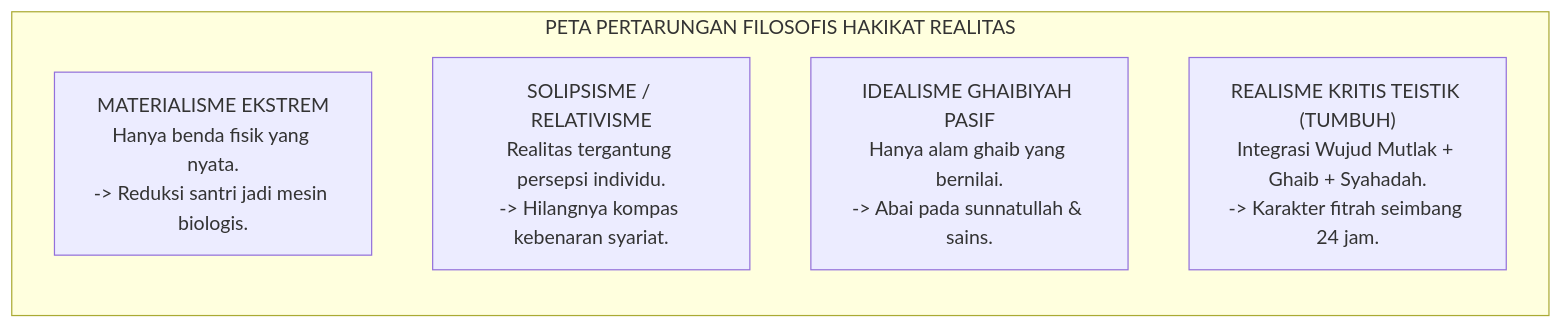
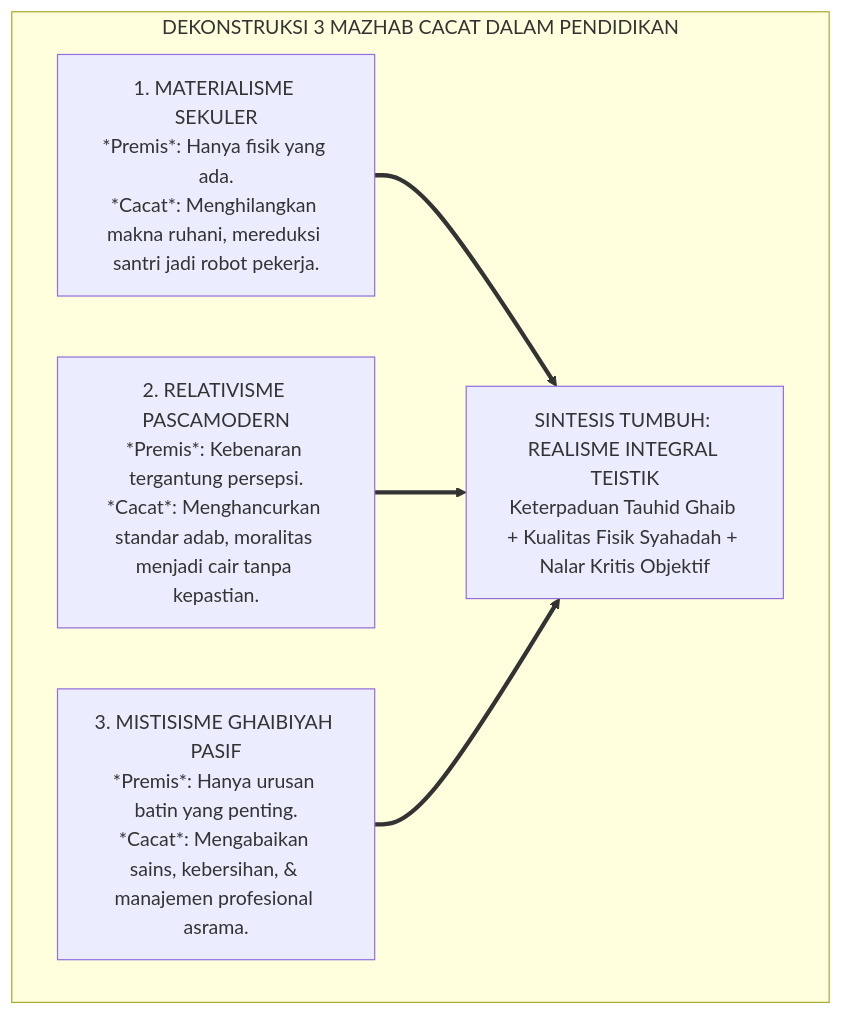
One commit to wandiapriliyandi/tumbuh changed the second of 3 diagrams in 01 Philosophy/01 Worldview/P1-01-01-01-Kajian-Dialektika-Inkuiri-dan-Tanya-Jawab-Realitas.md. Above: the diagram before and after it, drawn with Mermaid. The commit also changed other lines of this file, not shown here.

````diff
--- a/01 Philosophy/01 Worldview/P1-01-01-01-Kajian-Dialektika-Inkuiri-dan-Tanya-Jawab-Realitas.md
+++ b/01 Philosophy/01 Worldview/P1-01-01-01-Kajian-Dialektika-Inkuiri-dan-Tanya-Jawab-Realitas.md
@@ -100,9 +149,10 @@
 ```mermaid
-graph LR
-    subgraph KomparasiOntologis["PETA PERTARUNGAN FILOSOFIS HAKIKAT REALITAS"]
-        M["MATERIALISME EKSTREM<br/>Hanya benda fisik yang nyata.<br/>-> Reduksi santri jadi mesin biologis."]
-        S["SOLIPSISME / RELATIVISME<br/>Realitas tergantung persepsi individu.<br/>-> Hilangnya kompas kebenaran syariat."]
-        I["IDEALISME GHAIBIYAH PASIF<br/>Hanya alam ghaib yang bernilai.<br/>-> Abai pada sunnatullah & sains."]
-        T["REALISME KRITIS TEISTIK (TUMBUH)<br/>Integrasi Wujud Mutlak + Ghaib + Syahadah.<br/>-> Karakter fitrah seimbang 24 jam."]
+graph TD
+    subgraph DekonstruksiMazhab["DEKONSTRUKSI 3 MAZHAB CACAT DALAM PENDIDIKAN"]
+        A["1. MATERIALISME SEKULER<br/>*Premis*: Hanya fisik yang ada.<br/>*Cacat*: Menghilangkan makna ruhani, mereduksi santri jadi robot pekerja."]
+        B["2. RELATIVISME PASCAMODERN<br/>*Premis*: Kebenaran tergantung persepsi.<br/>*Cacat*: Menghancurkan standar adab, moralitas menjadi cair tanpa kepastian."]
+        C["3. MISTISISME GHAIBIYAH PASIF<br/>*Premis*: Hanya urusan batin yang penting.<br/>*Cacat*: Mengabaikan sains, kebersihan, & manajemen profesional asrama."]
+        
+        A & B & C ==> T["SINTESIS TUMBUH: REALISME INTEGRAL TEISTIK<br/>Keterpaduan Tauhid Ghaib + Kualitas Fisik Syahadah + Nalar Kritis Objektif"]
     end
 ```
````
